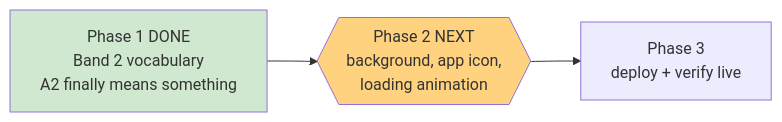
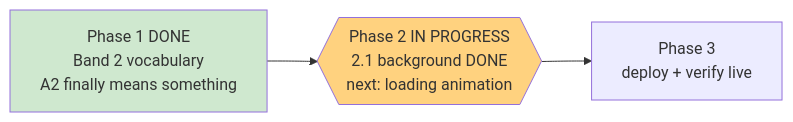
Before and after one commit to dkreinov/magic-clinic-english: the diagram in .oplan/band2-and-polish/STATUS.md, drawn with Mermaid. The commit also changed other lines of this file and 2 other files, not shown here.

````diff
--- a/.oplan/band2-and-polish/STATUS.md
+++ b/.oplan/band2-and-polish/STATUS.md
@@ -10,8 +10,8 @@
 ```mermaid
 flowchart LR
     P1[Phase 1 DONE<br/>Band 2 vocabulary<br/>A2 finally means something] --> P2
-    P2{{Phase 2 NEXT<br/>background, app icon,<br/>loading animation}}
+    P2{{Phase 2 IN PROGRESS<br/>2.1 background DONE<br/>next: loading animation}}
     P2 --> P3[Phase 3<br/>deploy + verify live]
     style P1 fill:#cfe8cf
     style P2 fill:#ffd27f
 ```
````
